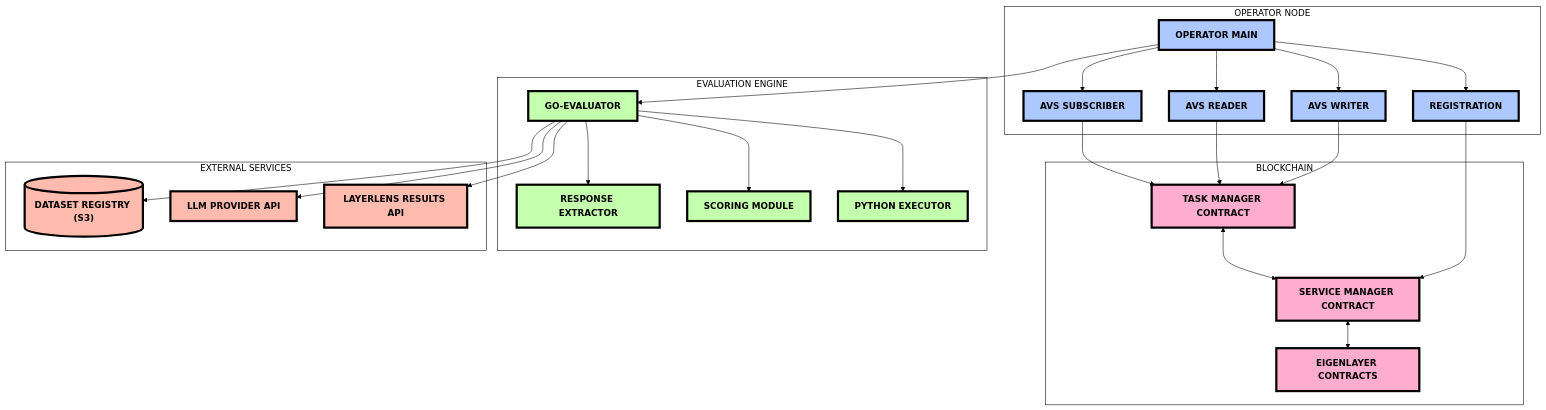
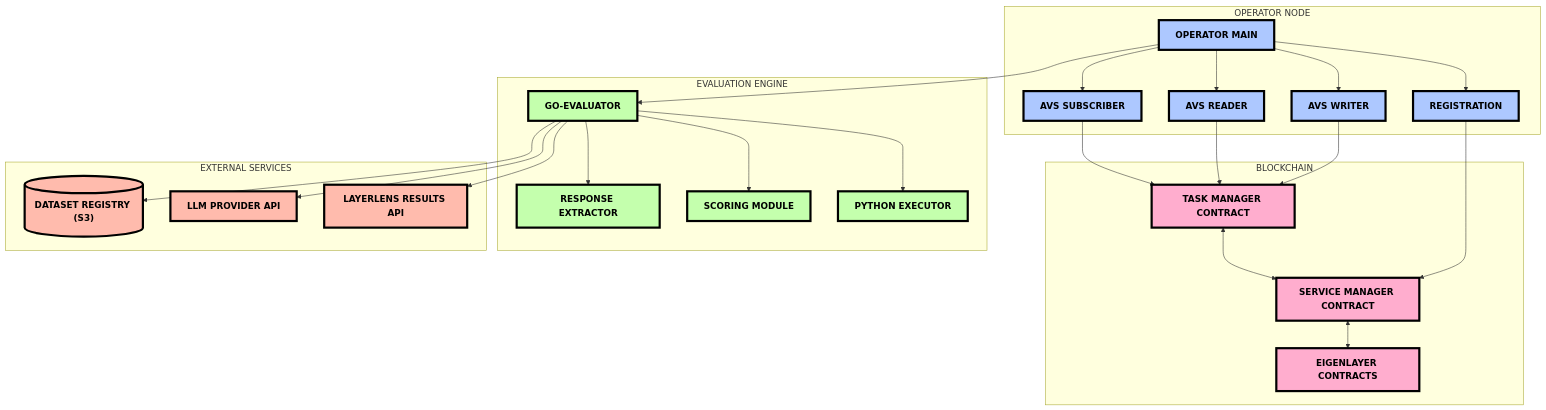
Before and after one commit to k-g-j/ll-sequence-diagrams: the fourth of 4 diagrams in evaluation-avs-sequence-diagram.md, drawn with Mermaid. The commit also changed other lines of this file and 1 other file, not shown here.

Commit message:
Simplify Mermaid diagrams for GitHub compatibility

````diff
--- a/evaluation-avs-sequence-diagram.md
+++ b/evaluation-avs-sequence-diagram.md
@@ -151,74 +143,63 @@
 ```mermaid
-%%{
-  init: {
-    'theme': 'base',
-    'themeVariables': {
-      'primaryColor': '#ffadce',
-      'background': '#ffffff'
-    }
-  }
-}%%
+%%{init: { 'theme': 'default' }}%%
 flowchart TB
     %% Setting white backgrounds for all sections
     subgraph Blockchain["BLOCKCHAIN"]
         TaskManager["TASK MANAGER CONTRACT"]
         ServiceManager["SERVICE MANAGER CONTRACT"]
         EigenLayer["EIGENLAYER CONTRACTS"]
     end
     
     subgraph OperatorNode["OPERATOR NODE"]
         OpMain["OPERATOR MAIN"]
         AvsReader["AVS READER"]
         AvsWriter["AVS WRITER"]
         AvsSubscriber["AVS SUBSCRIBER"]
         Registration["REGISTRATION"]
     end
     
     subgraph EvalEngine["EVALUATION ENGINE"]
         GoEval["GO-EVALUATOR"]
         Extractor["RESPONSE EXTRACTOR"]
         Scoring["SCORING MODULE"]
         PythonExec["PYTHON EXECUTOR"]
     end
     
     subgraph ExternalServices["EXTERNAL SERVICES"]
         S3[("DATASET REGISTRY (S3)")]
         LLMAPI["LLM PROVIDER API"]
         Results["LAYERLENS RESULTS API"]
     end
     
     %% Connections with thicker lines
     TaskManager <--> ServiceManager
     ServiceManager <--> EigenLayer
     
     OpMain --> Registration
     Registration --> ServiceManager
     OpMain --> AvsSubscriber
     AvsSubscriber --> TaskManager
     OpMain --> AvsReader
     AvsReader --> TaskManager
     OpMain --> AvsWriter
     AvsWriter --> TaskManager
     
     OpMain --> GoEval
     GoEval --> Extractor
     GoEval --> Scoring
     GoEval --> PythonExec
     
     GoEval --> S3
     GoEval --> LLMAPI
     GoEval --> Results
     
     %% Classification styling with darker colors and thicker borders
     classDef blockchain fill:#ffadce,stroke:#000000,stroke-width:4px,color:#000000,font-weight:900,text-transform:uppercase
     classDef operator fill:#adc8ff,stroke:#000000,stroke-width:4px,color:#000000,font-weight:900,text-transform:uppercase
     classDef evaluator fill:#c4ffad,stroke:#000000,stroke-width:4px,color:#000000,font-weight:900,text-transform:uppercase
     classDef external fill:#ffbbad,stroke:#000000,stroke-width:4px,color:#000000,font-weight:900,text-transform:uppercase
-    classDef section fill:#ffffff,stroke:#000000,color:#000000
-    
     class TaskManager,ServiceManager,EigenLayer blockchain
     class OpMain,AvsReader,AvsWriter,AvsSubscriber,Registration operator
     class GoEval,Extractor,Scoring,PythonExec evaluator
     class S3,LLMAPI,Results external
-    class Blockchain,OperatorNode,EvalEngine,ExternalServices section
 ```
````
